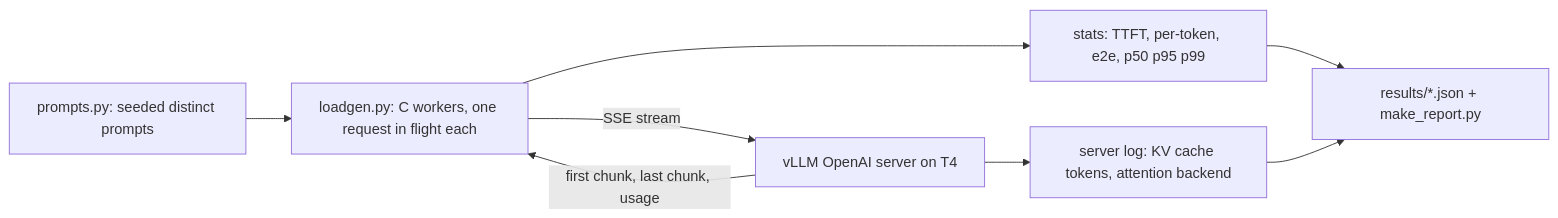
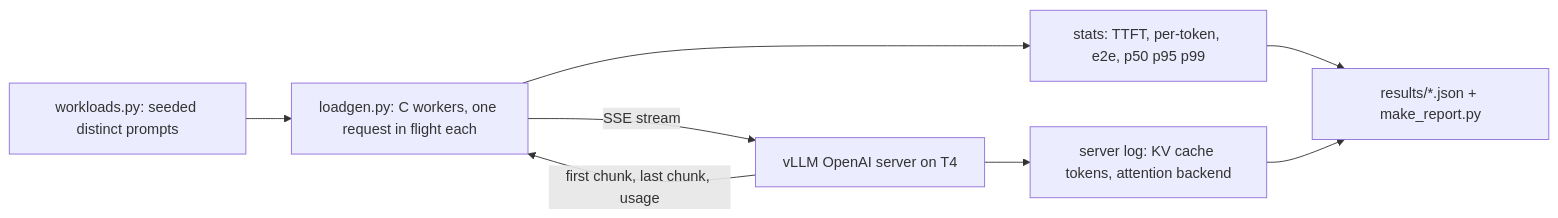
The first of 2 diagrams in README.md (adarshcod30/llm-serving-lab), drawn with Mermaid before and after one commit.

Commit message:
Fix module name in README diagram

````diff
--- a/README.md
+++ b/README.md
@@ -38,10 +38,10 @@
 ```mermaid
 flowchart LR
-    A[prompts.py: seeded distinct prompts] --> B[loadgen.py: C workers, one request in flight each]
+    A[workloads.py: seeded distinct prompts] --> B[loadgen.py: C workers, one request in flight each]
     B -->|SSE stream| C[vLLM OpenAI server on T4]
     C -->|first chunk, last chunk, usage| B
     B --> D[stats: TTFT, per-token, e2e, p50 p95 p99]
     D --> E[results/*.json + make_report.py]
     C --> F[server log: KV cache tokens, attention backend]
     F --> E
 ```
````
